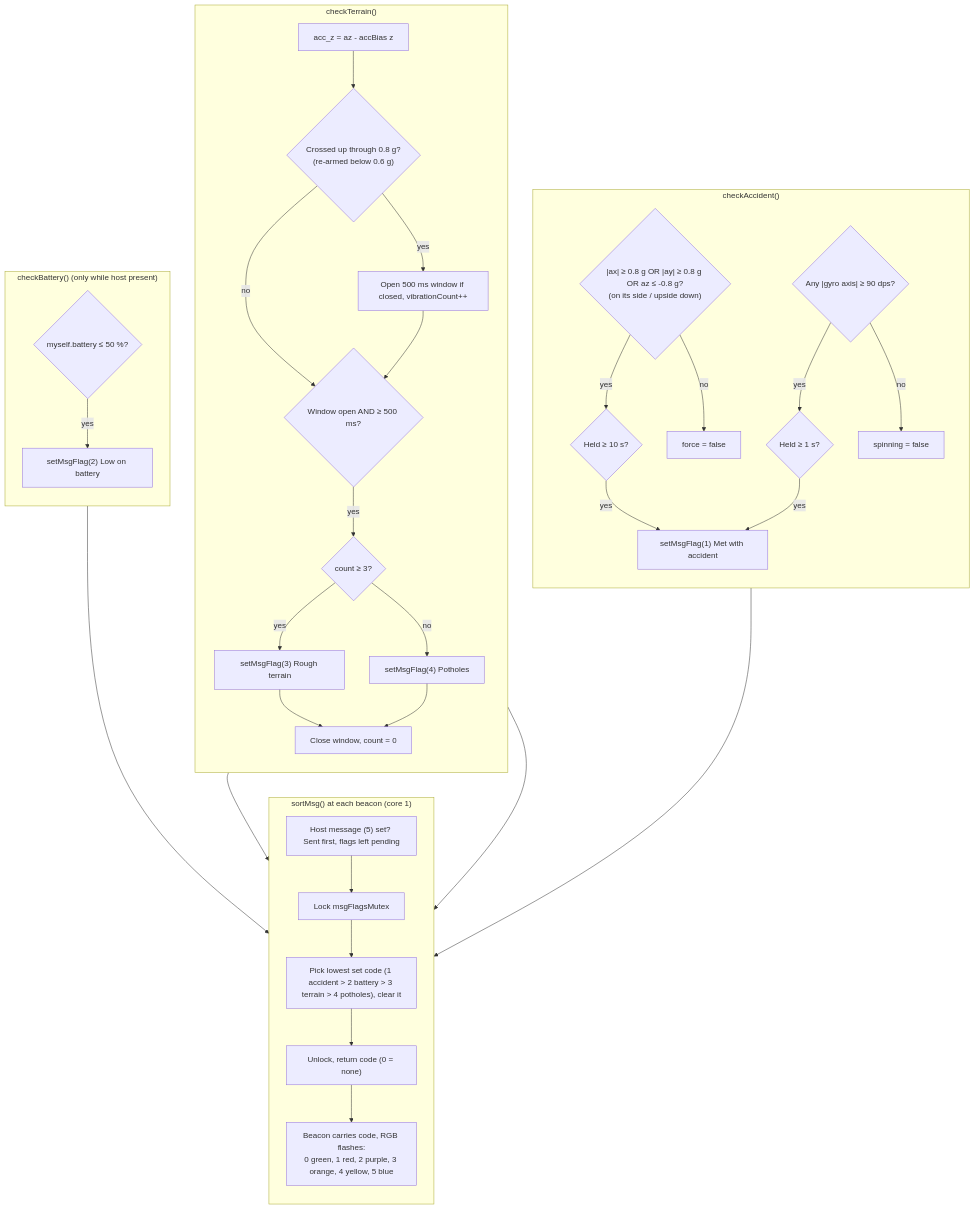
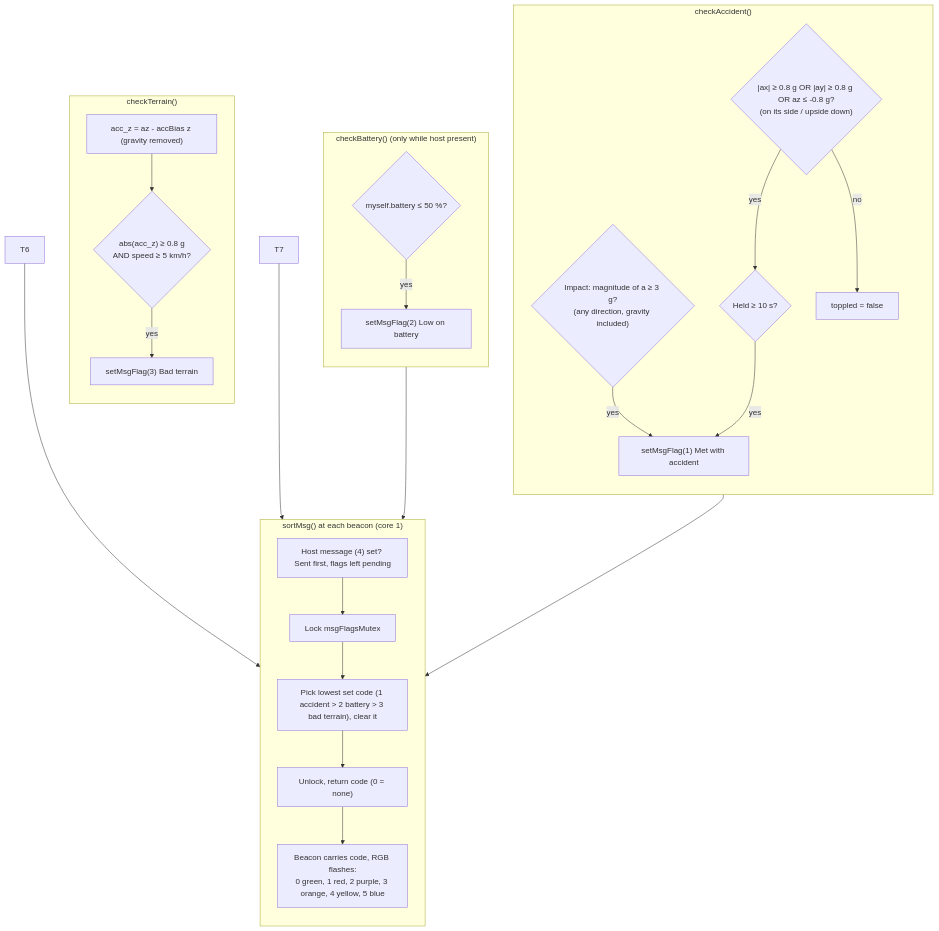
One commit to Sharaav13/TUKZIE-V2X-VANET changed the eighth of 9 diagrams in firmware/docs/firmware-diagrams.md. Above: the diagram before and after it, drawn with Mermaid. The commit also changed other lines of this file and 285 other files, not shown here.

````diff
--- a/firmware/docs/firmware-diagrams.md
+++ b/firmware/docs/firmware-diagrams.md
@@ -629,43 +667,34 @@
 ```mermaid
 flowchart TD
     subgraph ACC["checkAccident()"]
         direction TB
+        A5{"Impact: magnitude of a ≥ 3 g?<br/>(any direction, gravity included)"} -- yes --> A3["setMsgFlag(1) Met with accident"]
         A1{"|ax| ≥ 0.8 g OR |ay| ≥ 0.8 g OR az ≤ -0.8 g?<br/>(on its side / upside down)"}
-        A1 -- yes --> A2{"Held ≥ 10 s?"} -- yes --> A3["setMsgFlag(1) Met with accident"]
-        A1 -- no --> A4["force = false"]
-        A5{"Any |gyro axis| ≥ 90 dps?"}
-        A5 -- yes --> A6{"Held ≥ 1 s?"} -- yes --> A3
-        A5 -- no --> A7["spinning = false"]
+        A1 -- yes --> A2{"Held ≥ 10 s?"} -- yes --> A3
+        A1 -- no --> A4["toppled = false"]
     end
 
     subgraph TER["checkTerrain()"]
         direction TB
-        T1["acc_z = az - accBias z"] --> T2{"Crossed up through 0.8 g?<br/>(re-armed below 0.6 g)"}
-        T2 -- yes --> T3["Open 500 ms window if closed, vibrationCount++"]
-        T2 -- no --> T4
-        T3 --> T4{"Window open AND ≥ 500 ms?"}
-        T4 -- yes --> T5{"count ≥ 3?"}
-        T5 -- yes --> T6["setMsgFlag(3) Rough terrain"]
-        T5 -- no --> T7["setMsgFlag(4) Potholes"]
-        T6 --> T8["Close window, count = 0"]
-        T7 --> T8
+        T1["acc_z = az - accBias z (gravity removed)"] --> T2{"abs(acc_z) ≥ 0.8 g<br/>AND speed ≥ 5 km/h?"}
+        T2 -- yes --> T3["setMsgFlag(3) Bad terrain"]
     end
 
     subgraph BAT["checkBattery() (only while host present)"]
         direction TB
         B1{"myself.battery ≤ 50 %?"} -- yes --> B2["setMsgFlag(2) Low on battery"]
     end
 
     subgraph PRI["sortMsg() at each beacon (core 1)"]
         direction TB
-        P0["Host message (5) set? Sent first, flags left pending"] --> P1["Lock msgFlagsMutex"]
-        P1 --> P2["Pick lowest set code (1 accident > 2 battery > 3 terrain > 4 potholes), clear it"]
+        P0["Host message (4) set? Sent first, flags left pending"] --> P1["Lock msgFlagsMutex"]
+        P1 --> P2["Pick lowest set code (1 accident > 2 battery > 3 bad terrain), clear it"]
         P2 --> P3["Unlock, return code (0 = none)"]
         P3 --> P4["Beacon carries code, RGB flashes:<br/>0 green, 1 red, 2 purple, 3 orange, 4 yellow, 5 blue"]
     end
 
     A3 --> PRI
     T6 --> PRI
     T7 --> PRI
     B2 --> PRI
 ```
````
